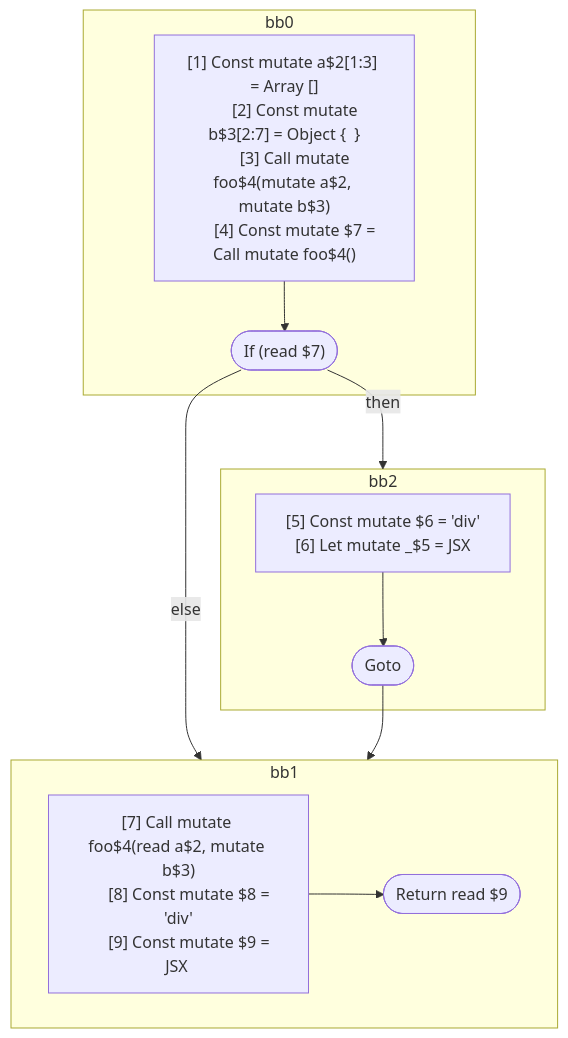
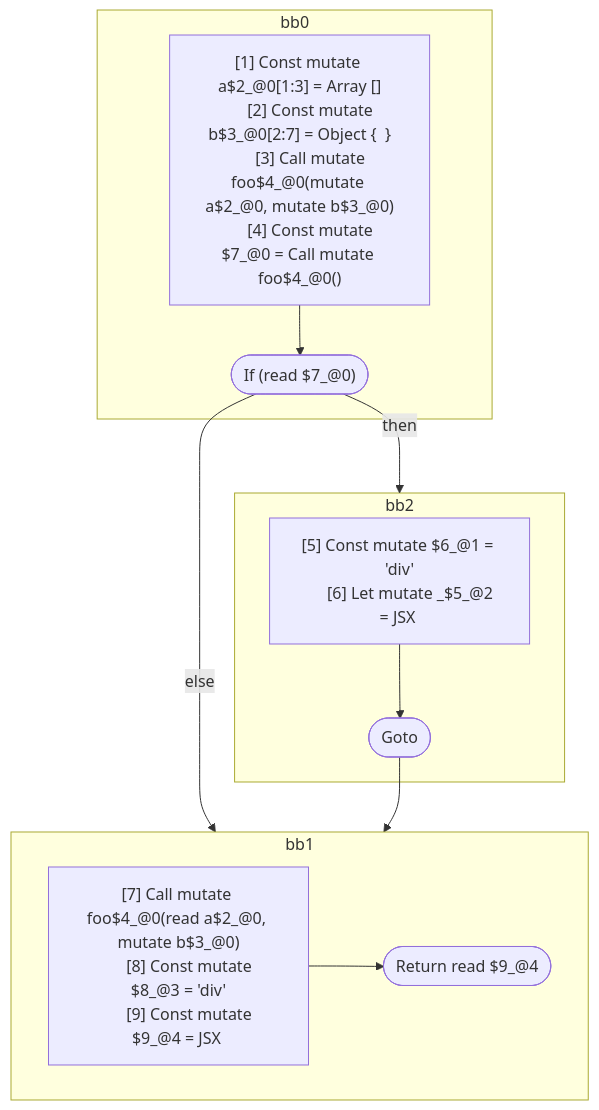
The second of 2 diagrams in compiler/forget/src/__tests__/fixtures/hir/ssa-call-jsx-2.expect.md (wutsmog/private), drawn with Mermaid before and after one commit. The commit also changed other lines of this file and 60 other files, not shown here.

````diff
--- a/compiler/forget/src/__tests__/fixtures/hir/ssa-call-jsx-2.expect.md
+++ b/compiler/forget/src/__tests__/fixtures/hir/ssa-call-jsx-2.expect.md
@@ -73,34 +73,34 @@
 ```mermaid
 flowchart TB
   %% Basic Blocks
   subgraph bb0
     bb0_instrs["
-      [1] Const mutate a$2[1:3] = Array []
-      [2] Const mutate b$3[2:7] = Object {  }
-      [3] Call mutate foo$4(mutate a$2, mutate b$3)
-      [4] Const mutate $7 = Call mutate foo$4()
+      [1] Const mutate a$2_@0[1:3] = Array []
+      [2] Const mutate b$3_@0[2:7] = Object {  }
+      [3] Call mutate foo$4_@0(mutate a$2_@0, mutate b$3_@0)
+      [4] Const mutate $7_@0 = Call mutate foo$4_@0()
     "]
-    bb0_instrs --> bb0_terminal(["If (read $7)"])
+    bb0_instrs --> bb0_terminal(["If (read $7_@0)"])
   end
   subgraph bb2
     bb2_instrs["
-      [5] Const mutate $6 = 'div'
-      [6] Let mutate _$5 = JSX <read $6 a={freeze a$2} ></read $6>
+      [5] Const mutate $6_@1 = 'div'
+      [6] Let mutate _$5_@2 = JSX <read $6_@1 a={freeze a$2_@0} ></read $6_@1>
     "]
     bb2_instrs --> bb2_terminal(["Goto"])
   end
   subgraph bb1
     bb1_instrs["
-      [7] Call mutate foo$4(read a$2, mutate b$3)
-      [8] Const mutate $8 = 'div'
-      [9] Const mutate $9 = JSX <read $8 a={freeze a$2} b={freeze b$3} ></read $8>
+      [7] Call mutate foo$4_@0(read a$2_@0, mutate b$3_@0)
+      [8] Const mutate $8_@3 = 'div'
+      [9] Const mutate $9_@4 = JSX <read $8_@3 a={freeze a$2_@0} b={freeze b$3_@0} ></read $8_@3>
     "]
-    bb1_instrs --> bb1_terminal(["Return read $9"])
+    bb1_instrs --> bb1_terminal(["Return read $9_@4"])
   end
 
   %% Jumps
   bb0_terminal -- then --> bb2
   bb0_terminal -- else --> bb1
   bb2_terminal --> bb1
 
 ```
````
